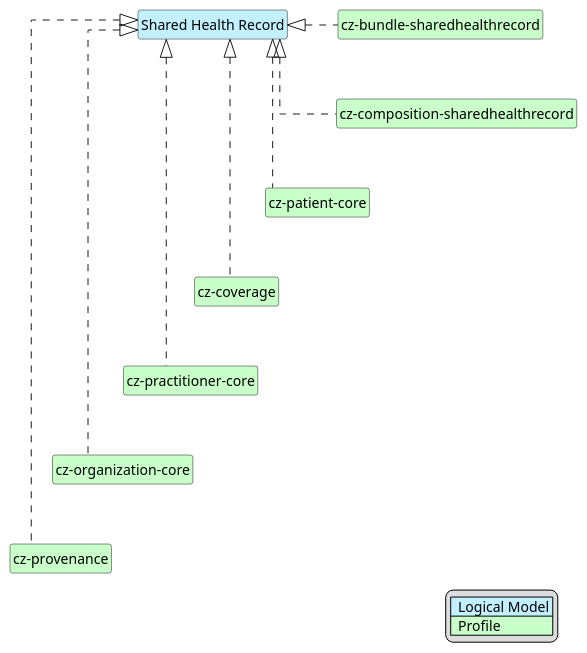
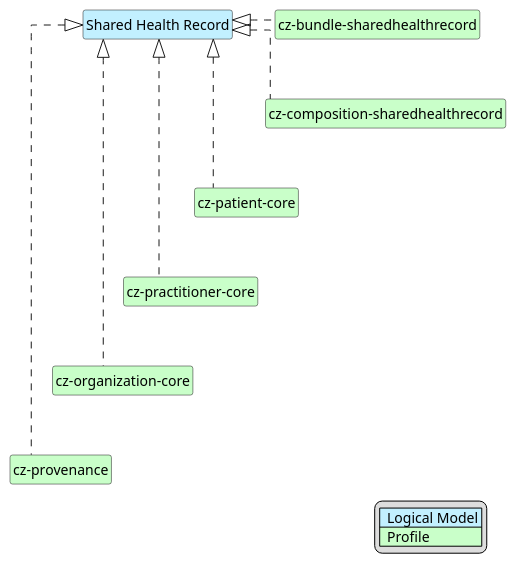
One commit to HL7-cz/szz changed the diagram in input/images-source/szzHead-map.plantuml. Above: the diagram before and after it, drawn with PlantUML. The commit also changed 12 other files, not shown here.

```diff
--- a/input/images-source/szzHead-map.plantuml
+++ b/input/images-source/szzHead-map.plantuml
@@ -1,39 +1,36 @@
 @startuml
 hide circle
 hide stereotype
 hide members
 hide methods
 skinparam linetype ortho
 skinparam class {
 BackgroundColor<<LogicalModel>> #APPLICATION
 BackgroundColor<<Profile>> #TECHNOLOGY
 }
 legend right
 | <#APPLICATION>  Logical Model |
 | <#TECHNOLOGY>  Profile |
 endlegend
 class "Shared Health Record" <<LogicalModel>> [[StructureDefinition-HeaderSzzCz.html]]
 
 class "cz-organization-core" <<Profile>> [[https://build.fhir.org/ig/HL7-cz/cz-core/StructureDefinition-cz-organization-core.html]]
-class "cz-coverage" <<Profile>> [[https://build.fhir.org/ig/HL7-cz/cz-core/StructureDefinition-cz-coverage.html]]
 class "cz-patient-core" <<Profile>> [[https://build.fhir.org/ig/HL7-cz/cz-core/StructureDefinition-cz-patient-core.html]]
 class "cz-practitioner-core" <<Profile>> [[https://build.fhir.org/ig/HL7-cz/cz-core/StructureDefinition-cz-practitioner-core.html]]
 class "cz-bundle-sharedhealthrecord" <<Profile>> [[StructureDefinition-cz-bundle-sharedhealthrecord.html]]
 class "cz-composition-sharedhealthrecord" <<Profile>> [[StructureDefinition-cz-composition-sharedhealthrecord.html]]
 class "cz-provenance" <<Profile>> [[https://build.fhir.org/ig/HL7-cz/cz-core/StructureDefinition-cz-provenance.html]]
 
 "Shared Health Record" <|. "cz-composition-sharedhealthrecord"
 "Shared Health Record" <|. "cz-bundle-sharedhealthrecord"
 "Shared Health Record" <|. "cz-patient-core"
-"Shared Health Record" <|. "cz-coverage"
 "Shared Health Record" <|. "cz-practitioner-core"
 "Shared Health Record" <|. "cz-organization-core"
 "Shared Health Record" <|. "cz-provenance"
 
 "cz-bundle-sharedhealthrecord" -d[hidden]-> "cz-composition-sharedhealthrecord"
 "cz-composition-sharedhealthrecord" -d[hidden]-> "cz-patient-core"
-"cz-patient-core" -d[hidden]-> "cz-coverage"
-"cz-coverage" -d[hidden]-> "cz-practitioner-core"
+"cz-patient-core" -d[hidden]-> "cz-practitioner-core"
 "cz-practitioner-core" -d[hidden]-> "cz-organization-core"
 "cz-organization-core" -d[hidden]-> "cz-provenance"
 @enduml
```
